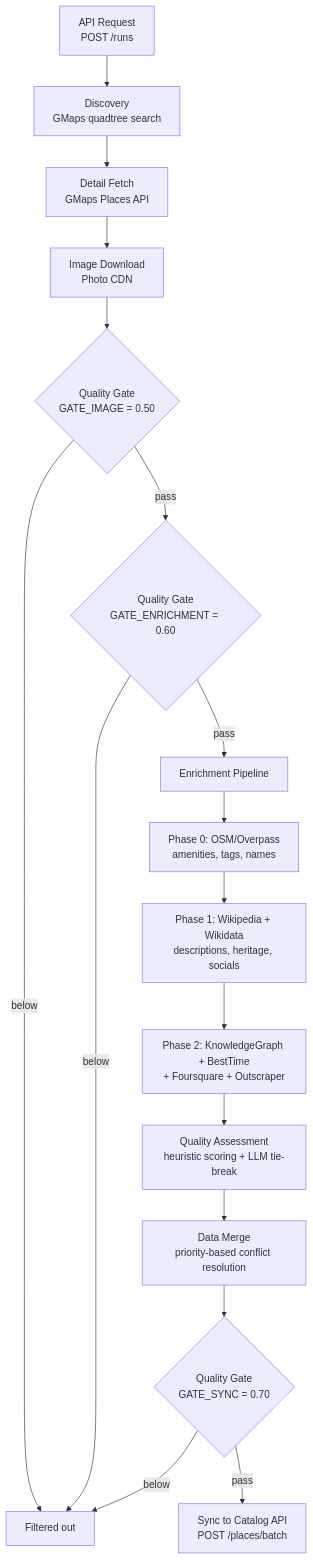
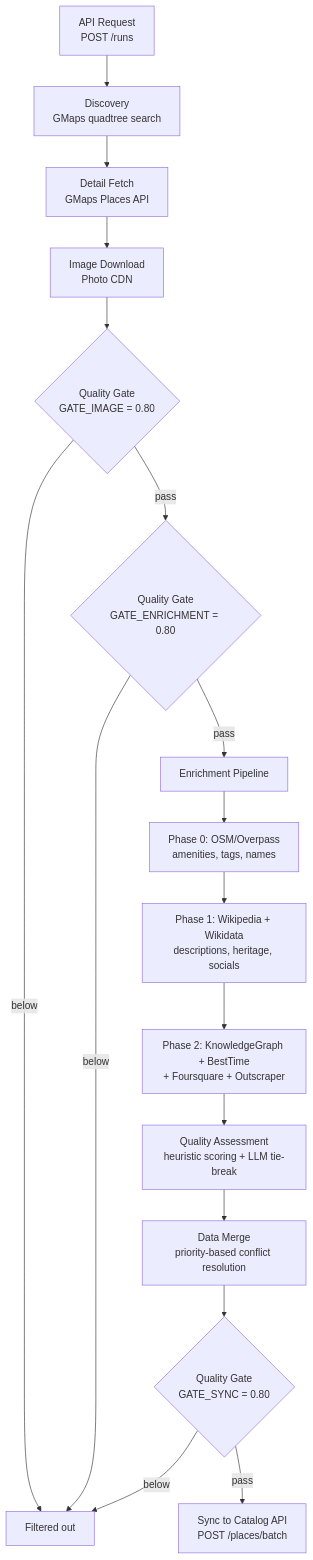
The diagram in soulstep-scraper-api/README.md (hussu97/pilgrimage-tracker), drawn with Mermaid before and after one commit. The commit also changed other lines of this file, not shown here.

Commit message:
docs(scraper): update README gate thresholds to 0.80

````diff
--- a/soulstep-scraper-api/README.md
+++ b/soulstep-scraper-api/README.md
@@ -90,19 +90,19 @@
 ```mermaid
 flowchart TD
     A[API Request\nPOST /runs] --> B[Discovery\nGMaps quadtree search]
     B --> C[Detail Fetch\nGMaps Places API]
     C --> D[Image Download\nPhoto CDN]
-    D --> E{Quality Gate\nGATE_IMAGE = 0.50}
+    D --> E{Quality Gate\nGATE_IMAGE = 0.80}
     E -->|below| F[Filtered out]
-    E -->|pass| G{Quality Gate\nGATE_ENRICHMENT = 0.60}
+    E -->|pass| G{Quality Gate\nGATE_ENRICHMENT = 0.80}
     G -->|below| F
     G -->|pass| H[Enrichment Pipeline]
     H --> H1[Phase 0: OSM/Overpass\namenities, tags, names]
     H1 --> H2[Phase 1: Wikipedia + Wikidata\ndescriptions, heritage, socials]
     H2 --> H3[Phase 2: KnowledgeGraph + BestTime\n+ Foursquare + Outscraper]
     H3 --> I[Quality Assessment\nheuristic scoring + LLM tie-break]
     I --> J[Data Merge\npriority-based conflict resolution]
-    J --> K{Quality Gate\nGATE_SYNC = 0.70}
+    J --> K{Quality Gate\nGATE_SYNC = 0.80}
     K -->|below| F
     K -->|pass| L[Sync to Catalog API\nPOST /places/batch]
 ```
````
